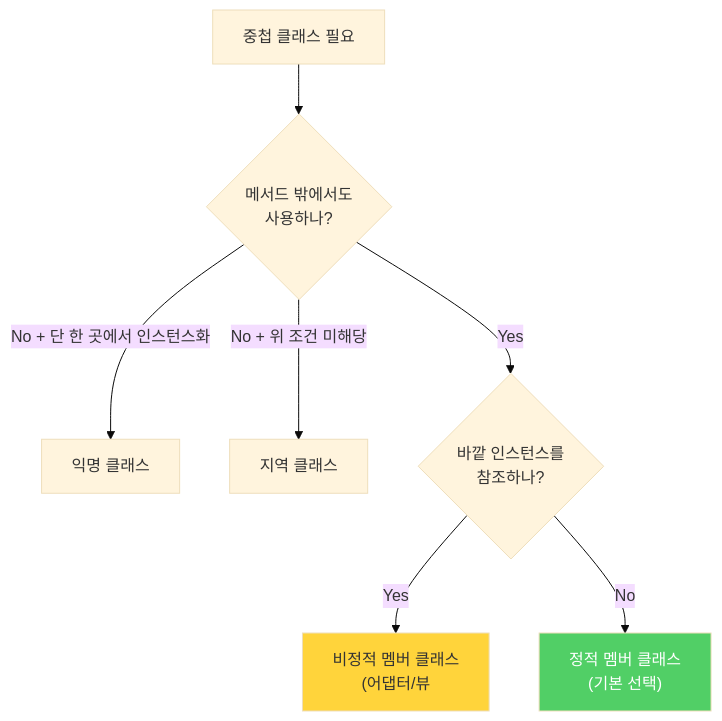
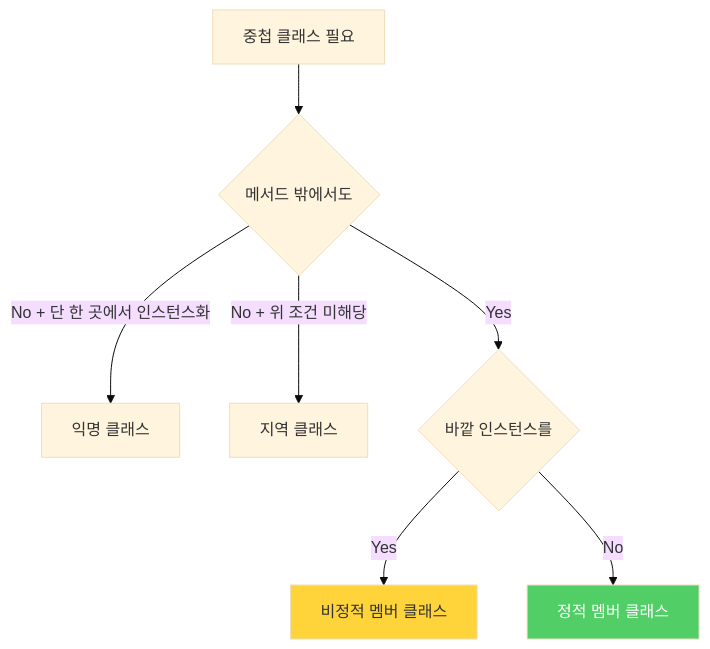
One commit to yjkim2015/yjkim2015.github.io changed the third of 3 diagrams in _posts/java/2022-01-04-effective-java24.md. Above: the diagram before and after it, drawn with Mermaid (base theme). The commit also changed other lines of this file and 217 other files, not shown here.

First line of the commit message:
Mermaid 크기 수정: useMaxWidth:true + SVG max-width:100% + 라벨 축소

````diff
--- a/_posts/java/2022-01-04-effective-java24.md
+++ b/_posts/java/2022-01-04-effective-java24.md
@@ -194,11 +194,11 @@
 ```mermaid
 graph TD
-    A["중첩 클래스 필요"] --> B{"메서드 밖에서도\n사용하나?"}
+    A["중첩 클래스 필요"] --> B{"메서드 밖에서도"}
     B -->|"No + 단 한 곳에서 인스턴스화"| C["익명 클래스"]
     B -->|"No + 위 조건 미해당"| D["지역 클래스"]
-    B -->|"Yes"| E{"바깥 인스턴스를\n참조하나?"}
-    E -->|"Yes"| F["비정적 멤버 클래스\n(어댑터/뷰"]
-    E -->|"No"| G["정적 멤버 클래스\n(기본 선택)"]
+    B -->|"Yes"| E{"바깥 인스턴스를"}
+    E -->|"Yes"| F["비정적 멤버 클래스"]
+    E -->|"No"| G["정적 멤버 클래스"]
     style G fill:#51cf66,color:#fff
     style F fill:#ffd43b
 ```
````
